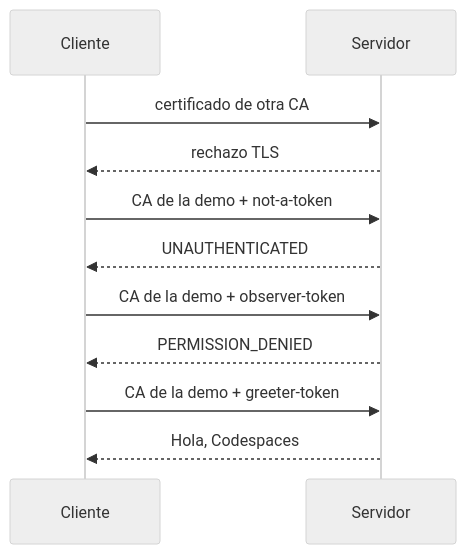
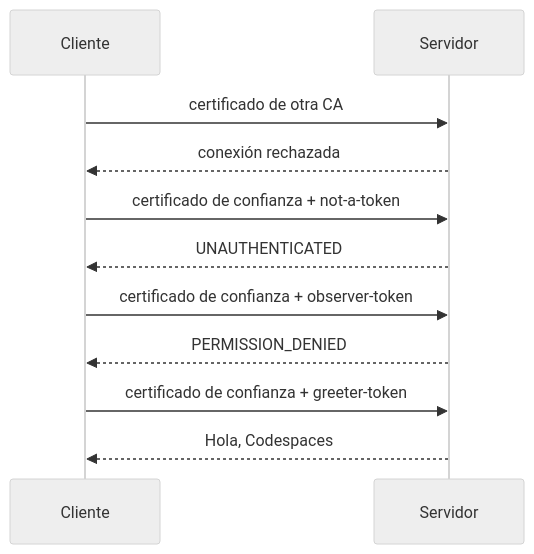
The first of 2 diagrams in README.md (IAAA-Lab/grpc-mtls-auth), drawn with Mermaid (neutral theme) before and after one commit. The commit also changed other lines of this file and 1 other file, not shown here.

````diff
--- a/README.md
+++ b/README.md
@@ -72,17 +121,17 @@
 ```mermaid
 sequenceDiagram
     participant Cliente
     participant Servidor
 
     Cliente->>Servidor: certificado de otra CA
-    Servidor-->>Cliente: rechazo TLS
+    Servidor-->>Cliente: conexión rechazada
 
-    Cliente->>Servidor: CA de la demo + not-a-token
+    Cliente->>Servidor: certificado de confianza + not-a-token
     Servidor-->>Cliente: UNAUTHENTICATED
 
-    Cliente->>Servidor: CA de la demo + observer-token
+    Cliente->>Servidor: certificado de confianza + observer-token
     Servidor-->>Cliente: PERMISSION_DENIED
 
-    Cliente->>Servidor: CA de la demo + greeter-token
+    Cliente->>Servidor: certificado de confianza + greeter-token
     Servidor-->>Cliente: Hola, Codespaces
 ```
````
